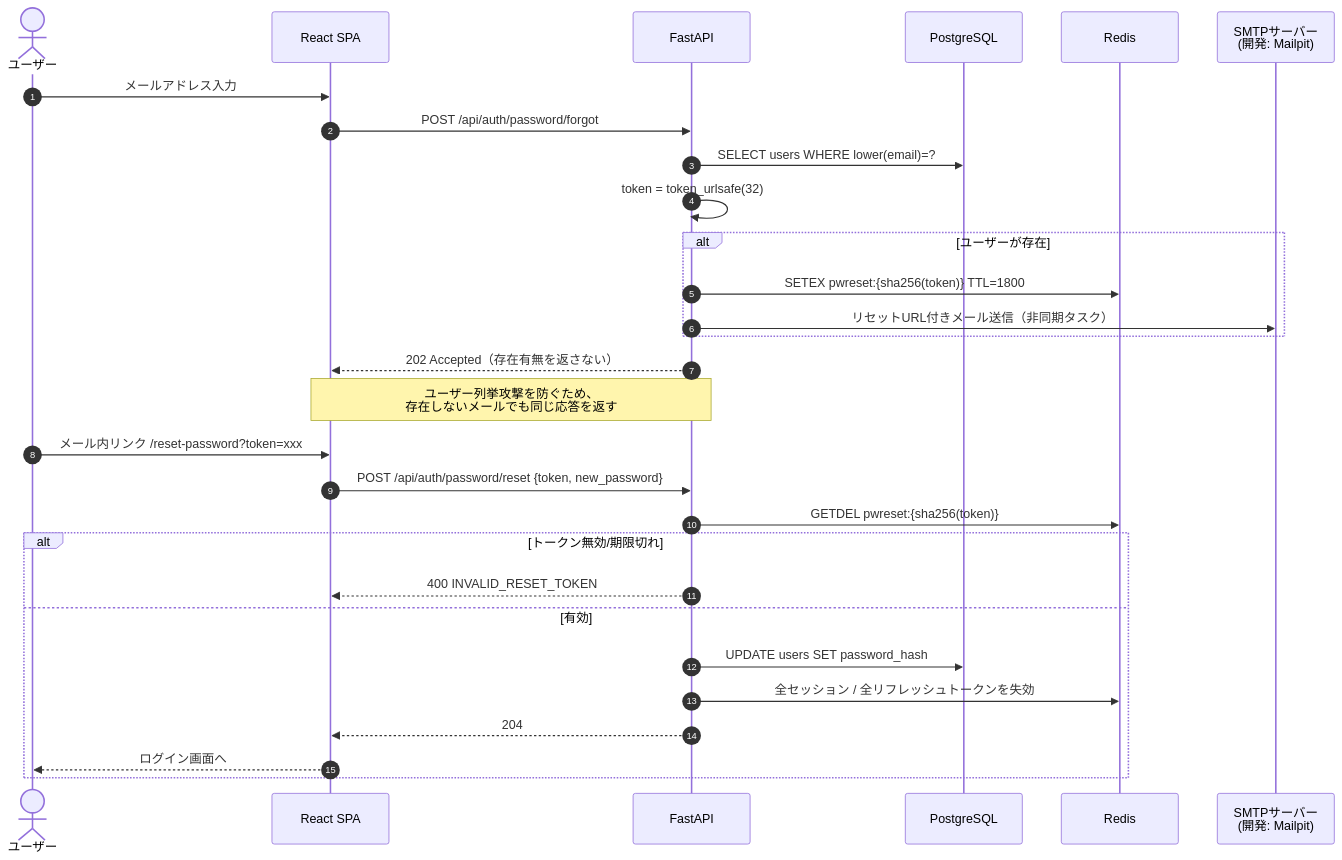
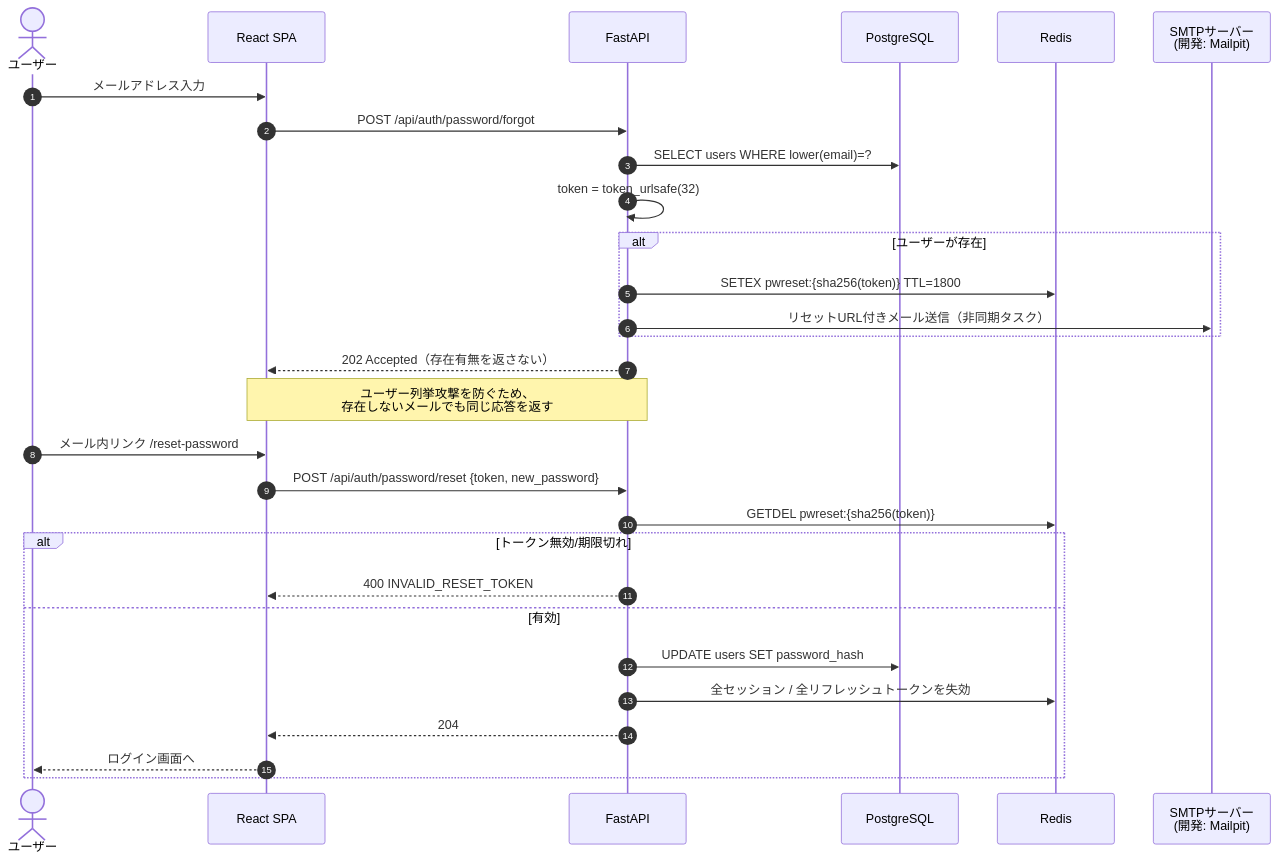
The ninth of 10 diagrams in basic_design/03_auth.md (oikawa-d/task_management), drawn with Mermaid before and after one commit. The commit also changed other lines of this file and 15 other files, not shown here.

````diff
--- a/basic_design/03_auth.md
+++ b/basic_design/03_auth.md
@@ -388,33 +412,33 @@
 ```mermaid
 sequenceDiagram
     autonumber
     actor U as ユーザー
     participant FE as React SPA
     participant API as FastAPI
     participant PG as PostgreSQL
     participant RD as Redis
     participant SMTP as SMTPサーバー<br/>(開発: Mailpit)
 
     U->>FE: メールアドレス入力
     FE->>API: POST /api/auth/password/forgot
     API->>PG: SELECT users WHERE lower(email)=?
     API->>API: token = token_urlsafe(32)
     alt ユーザーが存在
         API->>RD: SETEX pwreset:{sha256(token)} TTL=1800
         API->>SMTP: リセットURL付きメール送信（非同期タスク）
     end
     API-->>FE: 202 Accepted（存在有無を返さない）
     Note over API,FE: ユーザー列挙攻撃を防ぐため、<br/>存在しないメールでも同じ応答を返す
 
-    U->>FE: メール内リンク /reset-password?token=xxx
+    U->>FE: メール内リンク /reset-password#token=xxx
     FE->>API: POST /api/auth/password/reset {token, new_password}
     API->>RD: GETDEL pwreset:{sha256(token)}
     alt トークン無効/期限切れ
         API-->>FE: 400 INVALID_RESET_TOKEN
     else 有効
         API->>PG: UPDATE users SET password_hash
         API->>RD: 全セッション / 全リフレッシュトークンを失効
         API-->>FE: 204
         FE-->>U: ログイン画面へ
     end
 ```
````
